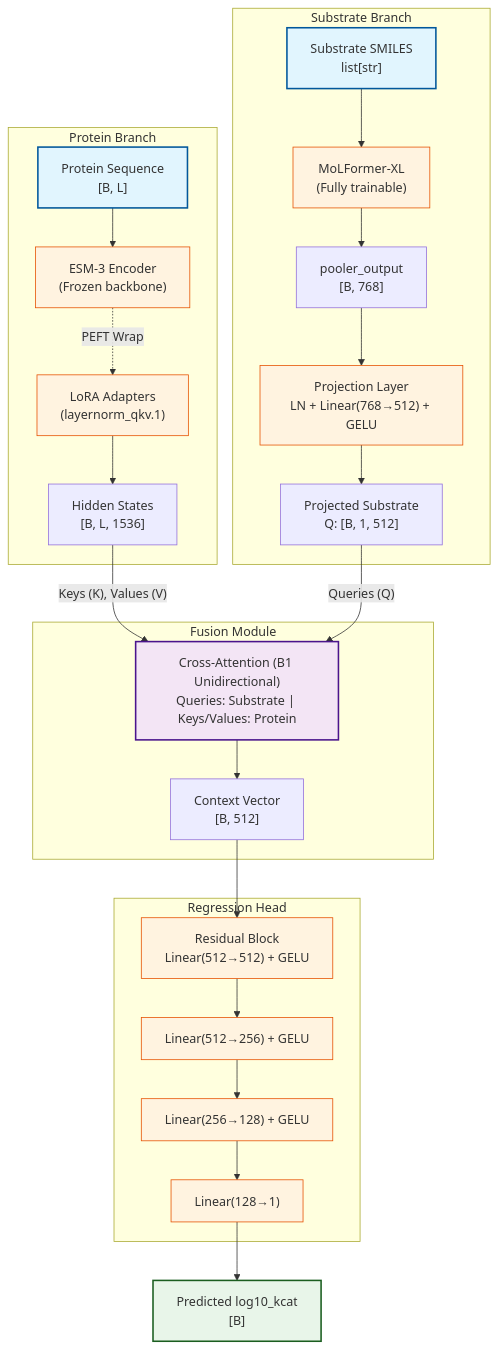
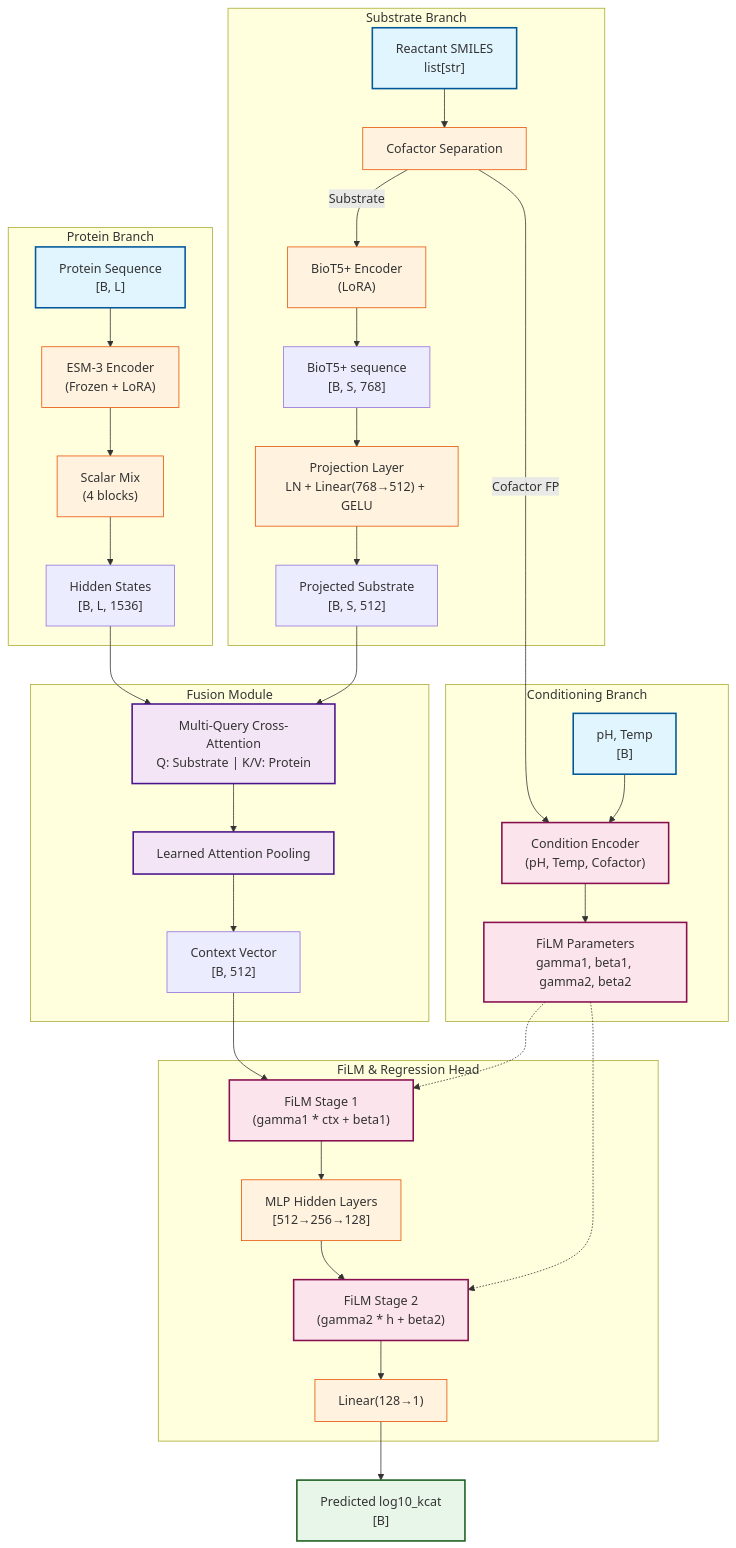
Before and after one commit to ThanhBinh-IwtR/K-ICM: the diagram in README.md, drawn with Mermaid. The commit also changed other lines of this file, not shown here.

````diff
--- a/README.md
+++ b/README.md
@@ -64,44 +64,62 @@
 ```mermaid
 graph TD
     classDef input fill:#e1f5fe,stroke:#01579b,stroke-width:2px;
     classDef process fill:#fff3e0,stroke:#e65100,stroke-width:1px;
     classDef fusion fill:#f3e5f5,stroke:#4a148c,stroke-width:2px;
+    classDef cond fill:#fce4ec,stroke:#880e4f,stroke-width:2px;
     classDef output fill:#e8f5e9,stroke:#1b5e20,stroke-width:2px;
 
     seq["Protein Sequence<br>[B, L]"]:::input
-    smiles["Substrate SMILES<br>list[str]"]:::input
+    smiles["Reactant SMILES<br>list[str]"]:::input
+    env["pH, Temp<br>[B]"]:::input
 
     subgraph Protein Branch
-        esm3["ESM-3 Encoder<br>(Frozen backbone)"]:::process
-        lora["LoRA Adapters<br>(layernorm_qkv.1)"]:::process
-        seq --> esm3
-        esm3 -. "PEFT Wrap" .-> lora
-        lora --> hidden["Hidden States<br>[B, L, 1536]"]
+        esm3["ESM-3 Encoder<br>(Frozen + LoRA)"]:::process
+        scalarmix["Scalar Mix<br>(4 blocks)"]:::process
+        seq --> esm3 --> scalarmix
+        scalarmix --> hidden["Hidden States<br>[B, L, 1536]"]
     end
 
     subgraph Substrate Branch
-        molformer["MoLFormer-XL<br>(Fully trainable)"]:::process
+        sep["Cofactor Separation"]:::process
+        biot5["BioT5+ Encoder<br>(LoRA)"]:::process
         proj["Projection Layer<br>LN + Linear(768→512) + GELU"]:::process
-        smiles --> molformer
-        molformer --> pooler["pooler_output<br>[B, 768]"]
-        pooler --> proj
-        proj --> hsub["Projected Substrate<br>Q: [B, 1, 512]"]
+        
+        smiles --> sep
+        sep -- "Substrate" --> biot5
+        biot5 --> seq_out["BioT5+ sequence<br>[B, S, 768]"]
+        seq_out --> proj
+        proj --> hsub["Projected Substrate<br>[B, S, 512]"]
+    end
+
+    subgraph Conditioning Branch
+        sep -- "Cofactor FP" --> cond_enc
+        env --> cond_enc["Condition Encoder<br>(pH, Temp, Cofactor)"]:::cond
+        cond_enc --> film_params["FiLM Parameters<br>gamma1, beta1, gamma2, beta2"]:::cond
     end
 
     subgraph Fusion Module
-        ca["Cross-Attention (B1 Unidirectional)<br>Queries: Substrate | Keys/Values: Protein"]:::fusion
-        hidden -- "Keys (K), Values (V)" --> ca
-        hsub -- "Queries (Q)" --> ca
-        ca --> ctx["Context Vector<br>[B, 512]"]
+        ca["Multi-Query Cross-Attention<br>Q: Substrate | K/V: Protein"]:::fusion
+        pool["Learned Attention Pooling"]:::fusion
+        hidden --> ca
+        hsub --> ca
+        ca --> pool
+        pool --> ctx["Context Vector<br>[B, 512]"]
     end
 
-    subgraph Regression Head
-        mlp1["Residual Block<br>Linear(512→512) + GELU"]:::process
-        mlp2["Linear(512→256) + GELU"]:::process
-        mlp3["Linear(256→128) + GELU"]:::process
+    subgraph FiLM & Regression Head
+        film1["FiLM Stage 1<br>(gamma1 * ctx + beta1)"]:::cond
+        mlp_hidden["MLP Hidden Layers<br>[512→256→128]"]:::process
+        film2["FiLM Stage 2<br>(gamma2 * h + beta2)"]:::cond
         outlayer["Linear(128→1)"]:::process
-        ctx --> mlp1 --> mlp2 --> mlp3 --> outlayer
+
+        ctx --> film1
+        film_params -.-> film1
+        film1 --> mlp_hidden
+        mlp_hidden --> film2
+        film_params -.-> film2
+        film2 --> outlayer
     end
 
     outlayer --> final["Predicted log10_kcat<br>[B]"]:::output
 ```
````
